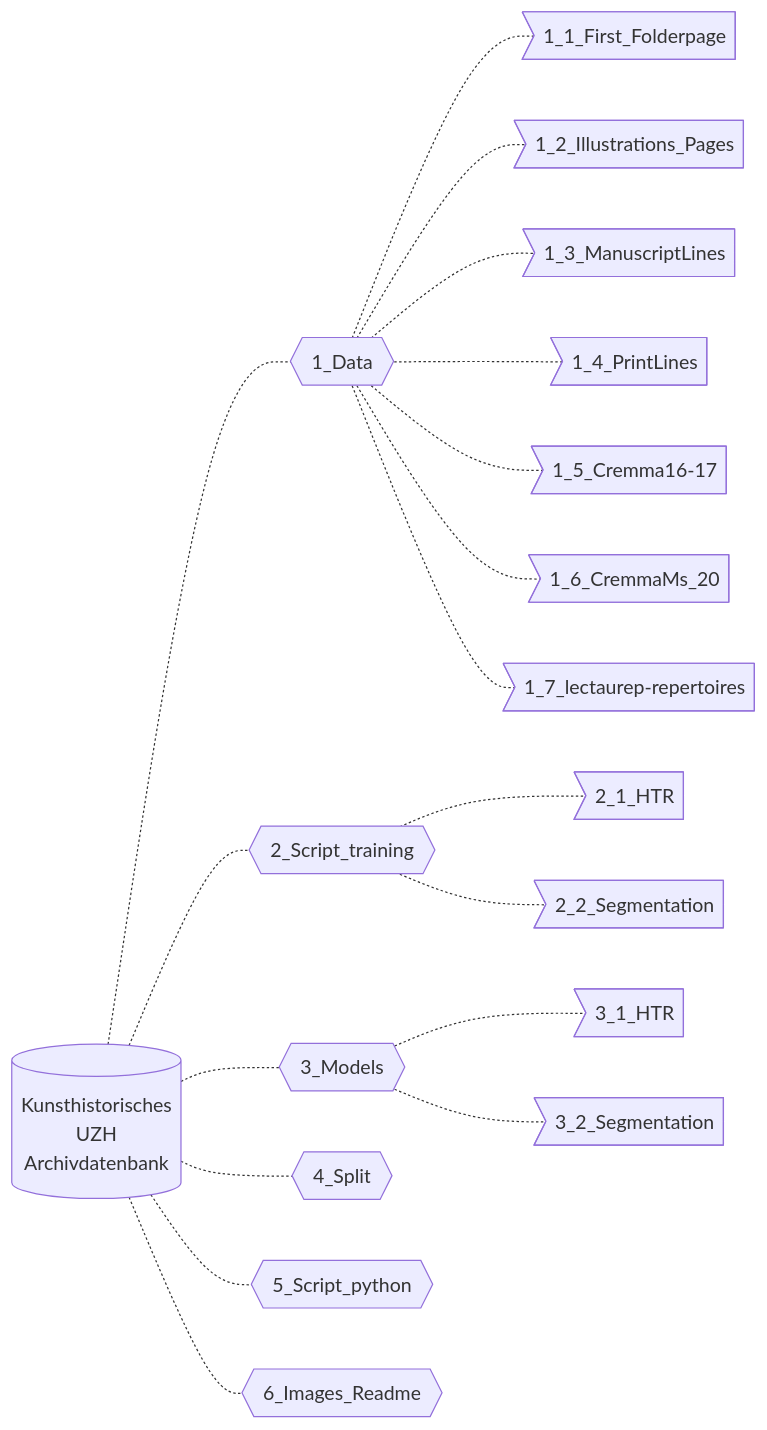
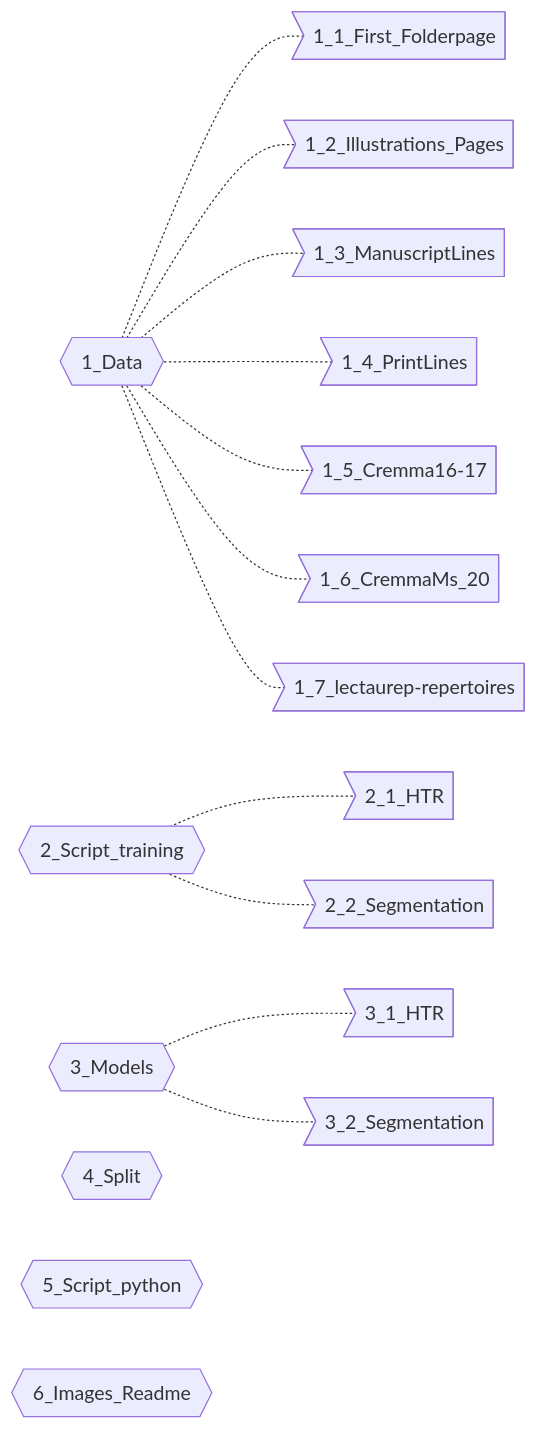
One commit to FoNDUE-HTR/FoNDUE_Wolfflin_Fotosammlung changed the diagram in README.md. Above: the diagram before and after it, drawn with Mermaid. The commit also changed 6 other files, not shown here.

````diff
--- a/README.md
+++ b/README.md
@@ -12,20 +12,18 @@
 ```mermaid
 flowchart LR
-    A[(Kunsthistorisches<br>UZH<br>Archivdatenbank)] -.- B{{1_Data}}
-    B -.- H>1_1_First_Folderpage]
+   
+    B{{1_Data}} -.- H>1_1_First_Folderpage]
     B -.- I>1_2_Illustrations_Pages]
     B -.- J>1_3_ManuscriptLines]
     B -.- K>1_4_PrintLines]
     B -.- L>1_5_Cremma16-17]
     B -.- M>1_6_CremmaMs_20]
     B -.- N>1_7_lectaurep-repertoires]
-    A -.- C{{2_Script_training}}
-   C  -.- O>2_1_HTR]
+    C{{2_Script_training}}  -.- O>2_1_HTR]
     C  -.- P>2_2_Segmentation]
-    A -.- D{{3_Models}}
-    D -.- Q>3_1_HTR]
+    D{{3_Models}} -.- Q>3_1_HTR]
     D -.- R>3_2_Segmentation]
-    A -.- E{{4_Split}}
-    A -.- F{{5_Script_python}}
-    A -.- G{{6_Images_Readme}}
+    E{{4_Split}}
+    F{{5_Script_python}}
+    G{{6_Images_Readme}}
 ```
````
